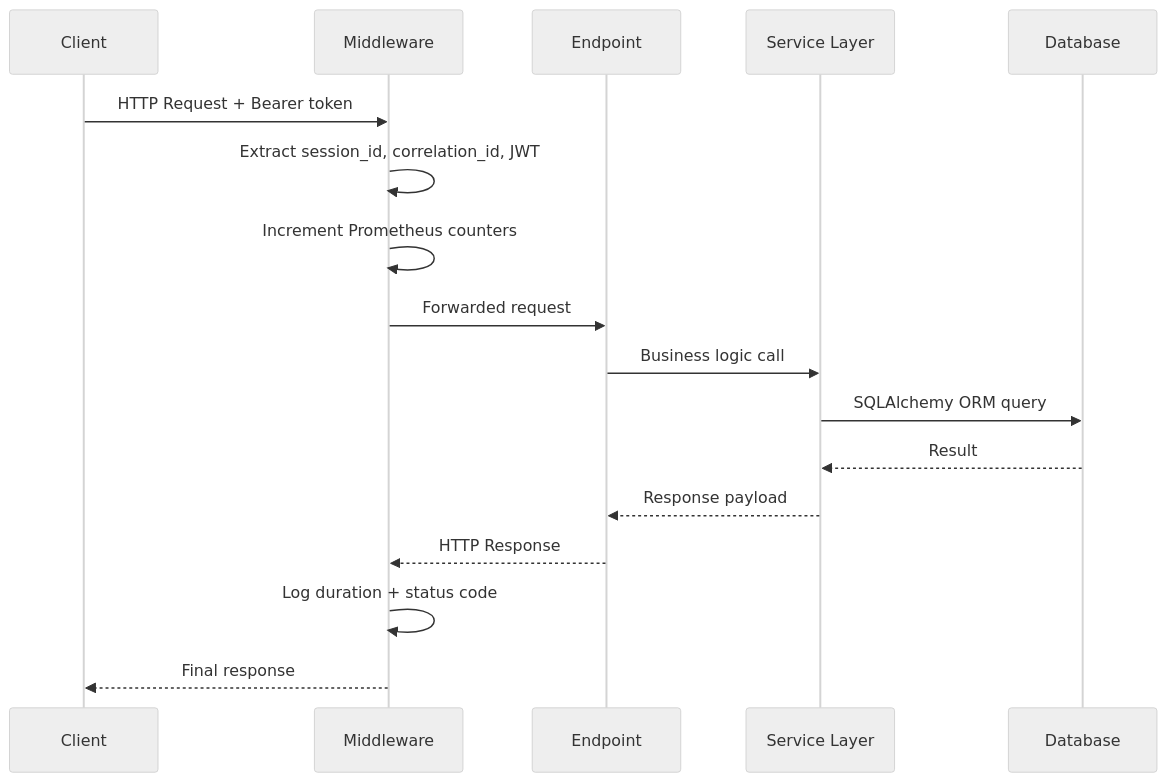
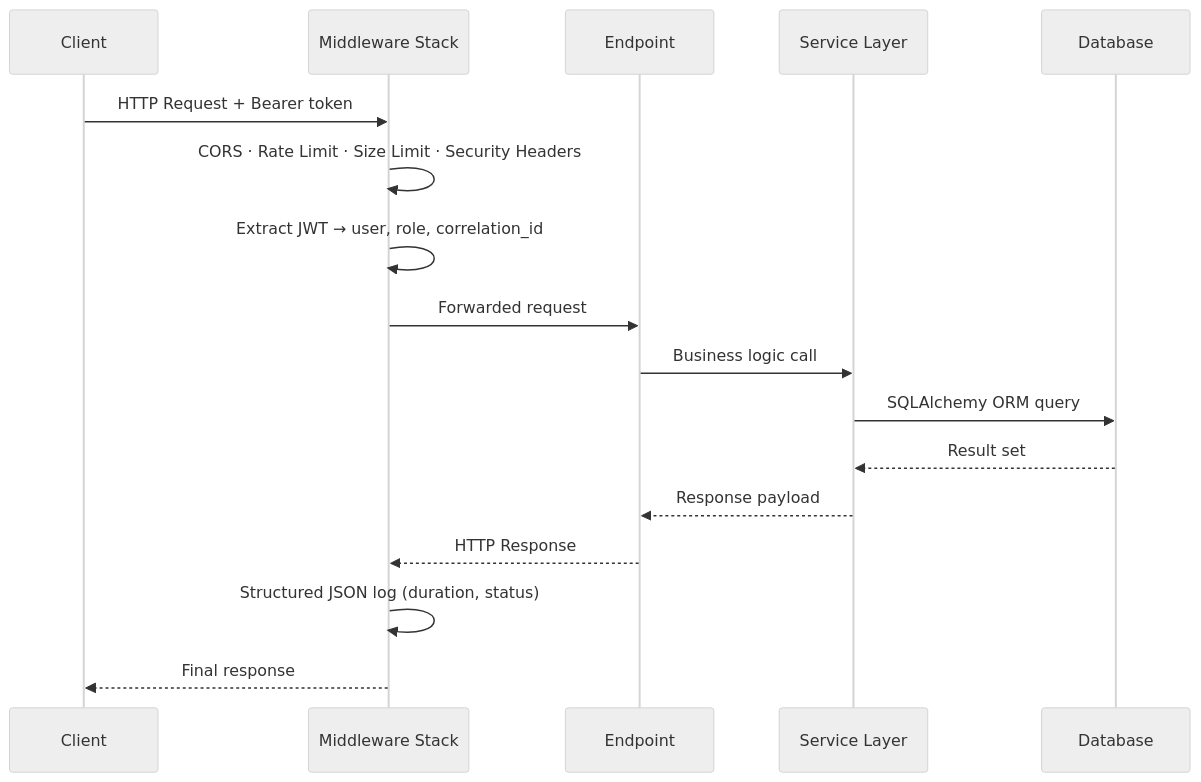
Before and after one commit to raghvendrabhati02/bridgestone-it-agent: the second of 3 diagrams in docs/Architecture.md, drawn with Mermaid (neutral theme). The commit also changed other lines of this file and 361 other files, not shown here.

````diff
--- a/docs/Architecture.md
+++ b/docs/Architecture.md
@@ -119,20 +72,20 @@
 ```mermaid
 sequenceDiagram
     participant C as Client
-    participant MW as Middleware
+    participant MW as Middleware Stack
     participant EP as Endpoint
     participant SVC as Service Layer
     participant DB as Database
 
     C->>MW: HTTP Request + Bearer token
-    MW->>MW: Extract session_id, correlation_id, JWT
-    MW->>MW: Increment Prometheus counters
+    MW->>MW: CORS · Rate Limit · Size Limit · Security Headers
+    MW->>MW: Extract JWT → user, role, correlation_id
     MW->>EP: Forwarded request
     EP->>SVC: Business logic call
     SVC->>DB: SQLAlchemy ORM query
-    DB-->>SVC: Result
+    DB-->>SVC: Result set
     SVC-->>EP: Response payload
     EP-->>MW: HTTP Response
-    MW->>MW: Log duration + status code
+    MW->>MW: Structured JSON log (duration, status)
     MW-->>C: Final response
 ```
````
